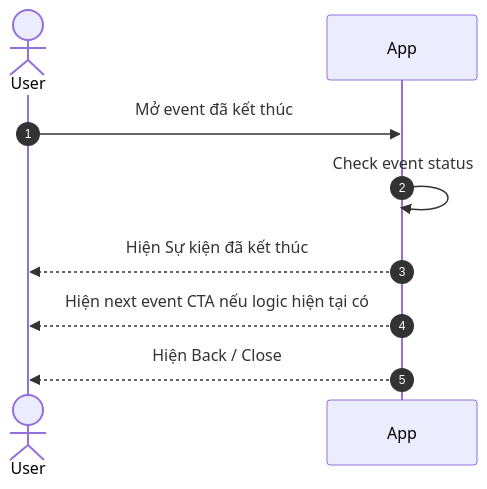
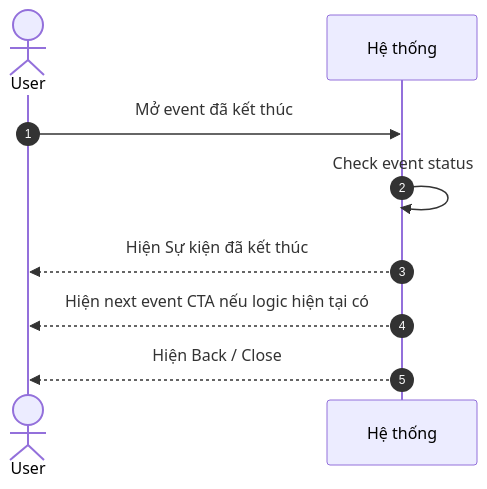
One commit to duongdang1136/FPTPLay changed the fifth of 5 diagrams in features/final-docs/Event/Timeshift-Seek/timeshift-seek-functional-requirements.md. Above: the diagram before and after it, drawn with Mermaid. The commit also changed other lines of this file, not shown here.

Commit message:
docs: update timeshift pause resume flow

````diff
--- a/features/final-docs/Event/Timeshift-Seek/timeshift-seek-functional-requirements.md
+++ b/features/final-docs/Event/Timeshift-Seek/timeshift-seek-functional-requirements.md
@@ -348,13 +350,13 @@
 ```mermaid
 sequenceDiagram
     autonumber
 
     actor User as User
-    participant App
+    participant System as Hệ thống
 
-    User->>App: Mở event đã kết thúc
-    App->>App: Check event status
-    App-->>User: Hiện Sự kiện đã kết thúc
-    App-->>User: Hiện next event CTA nếu logic hiện tại có
-    App-->>User: Hiện Back / Close
+    User->>System: Mở event đã kết thúc
+    System->>System: Check event status
+    System-->>User: Hiện Sự kiện đã kết thúc
+    System-->>User: Hiện next event CTA nếu logic hiện tại có
+    System-->>User: Hiện Back / Close
 ```
````
